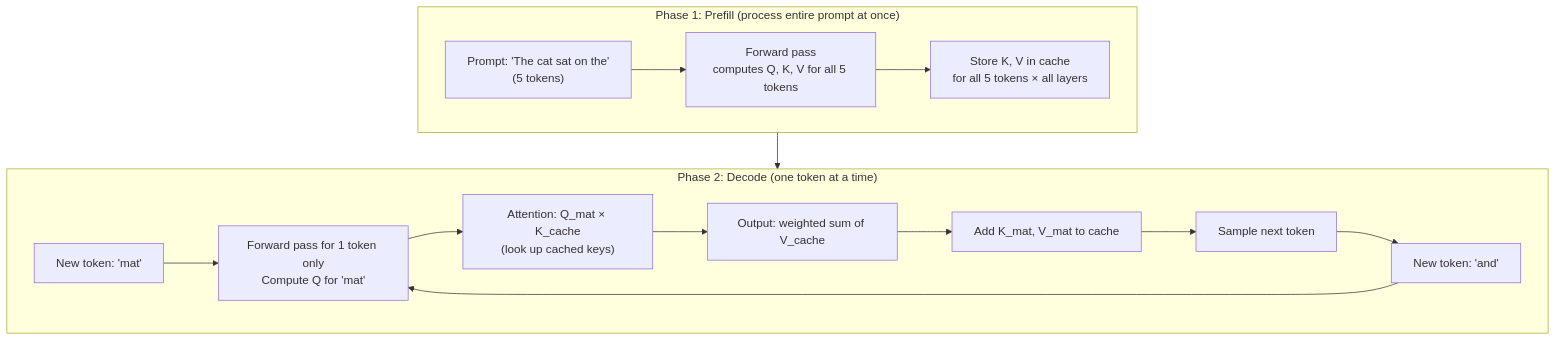
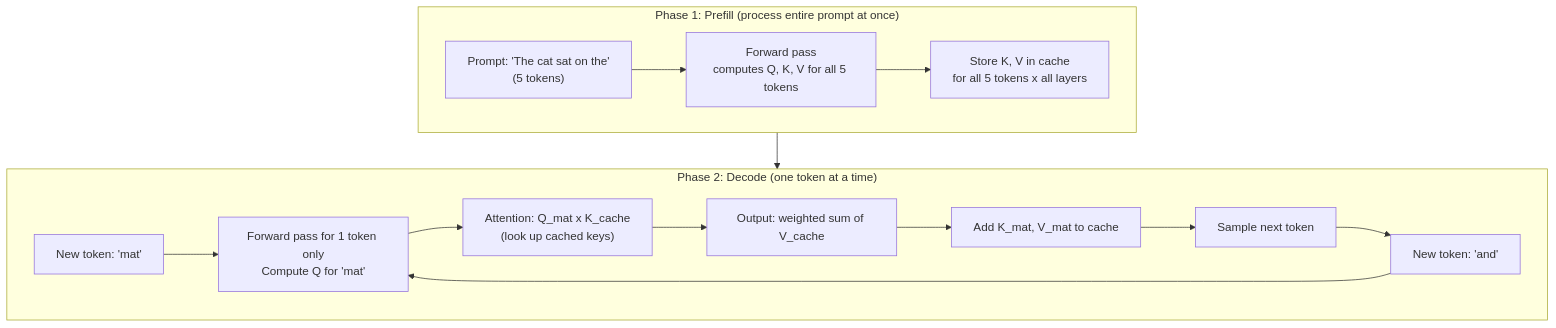
One commit to meever/nanochat changed the first of 5 diagrams in learn/07_inference_engine.md. Above: the diagram before and after it, drawn with Mermaid. The commit also changed other lines of this file and 11 other files, not shown here.

````diff
--- a/learn/07_inference_engine.md
+++ b/learn/07_inference_engine.md
@@ -27,19 +27,19 @@
 ```mermaid
 flowchart TD
   subgraph Prefill["Phase 1: Prefill (process entire prompt at once)"]
     P["Prompt: 'The cat sat on the'\n(5 tokens)"] --> FP["Forward pass\ncomputes Q, K, V for all 5 tokens"]
-    FP --> Cache["Store K, V in cache\nfor all 5 tokens × all layers"]
+    FP --> Cache["Store K, V in cache\nfor all 5 tokens x all layers"]
   end
 
   subgraph Decode["Phase 2: Decode (one token at a time)"]
     NT["New token: 'mat'"] --> FD["Forward pass for 1 token only\nCompute Q for 'mat'"]
-    FD --> Lookup["Attention: Q_mat × K_cache\n(look up cached keys)"]
+    FD --> Lookup["Attention: Q_mat x K_cache\n(look up cached keys)"]
     Lookup --> Result["Output: weighted sum of V_cache"]
     Result --> Store["Add K_mat, V_mat to cache"]
     Store --> Sample["Sample next token"]
     Sample --> NT2["New token: 'and'"]
     NT2 --> FD
   end
 
   Prefill --> Decode
 ```
````
